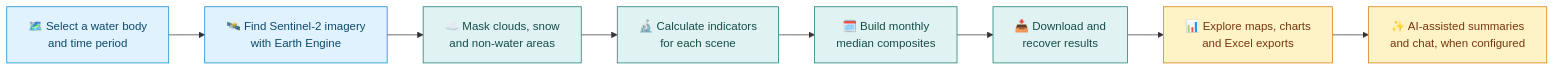
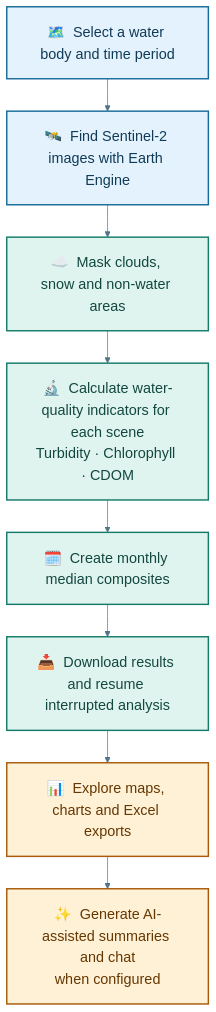
The diagram in README.md (opsai2025/WaterAgent), drawn with Mermaid before and after one commit.

Commit message:
Improve README pipeline readability

````diff
--- a/README.md
+++ b/README.md
@@ -17,16 +17,23 @@
 ```mermaid
-flowchart LR
-    A["🗺️ Select a water body<br/>and time period"] --> B["🛰️ Find Sentinel-2 imagery<br/>with Earth Engine"]
-    B --> C["☁️ Mask clouds, snow<br/>and non-water areas"]
-    C --> D["🔬 Calculate indicators<br/>for each scene"]
-    D --> E["🗓️ Build monthly<br/>median composites"]
-    E --> F["📥 Download and<br/>recover results"]
-    F --> G["📊 Explore maps, charts<br/>and Excel exports"]
-    G --> H["✨ AI-assisted summaries<br/>and chat, when configured"]
-    classDef source fill:#e0f2fe,stroke:#0284c7,color:#0c4a6e;
-    classDef process fill:#e0f2f1,stroke:#0f766e,color:#134e4a;
-    classDef result fill:#fef3c7,stroke:#d97706,color:#78350f;
-    class A,B source;
-    class C,D,E,F process;
-    class G,H result;
+%%{init: {"theme": "base", "themeVariables": {"fontFamily": "Arial, sans-serif", "fontSize": "20px", "lineColor": "#52748a"}, "flowchart": {"nodeSpacing": 35, "rankSpacing": 45, "padding": 20}}}%%
+flowchart TB
+    A["🗺️  Select a water body and time period"]
+    B["🛰️  Find Sentinel-2 images with Earth Engine"]
+    C["☁️  Mask clouds, snow and non-water areas"]
+    D["🔬  Calculate water-quality indicators for each scene<br/>Turbidity · Chlorophyll · CDOM"]
+    E["🗓️  Create monthly median composites"]
+    F["📥  Download results and resume interrupted analysis"]
+    G["📊  Explore maps, charts and Excel exports"]
+    H["✨  Generate AI-assisted summaries and chat<br/>when configured"]
+
+    A --> B --> C --> D --> E --> F --> G --> H
+
+    style A fill:#e3f2fd,stroke:#176b9a,stroke-width:2px,color:#103b56
+    style B fill:#e3f2fd,stroke:#176b9a,stroke-width:2px,color:#103b56
+    style C fill:#e0f4ef,stroke:#147b69,stroke-width:2px,color:#12483f
+    style D fill:#e0f4ef,stroke:#147b69,stroke-width:2px,color:#12483f
+    style E fill:#e0f4ef,stroke:#147b69,stroke-width:2px,color:#12483f
+    style F fill:#e0f4ef,stroke:#147b69,stroke-width:2px,color:#12483f
+    style G fill:#fff1d6,stroke:#a85a09,stroke-width:2px,color:#663700
+    style H fill:#fff1d6,stroke:#a85a09,stroke-width:2px,color:#663700
 ```
````
